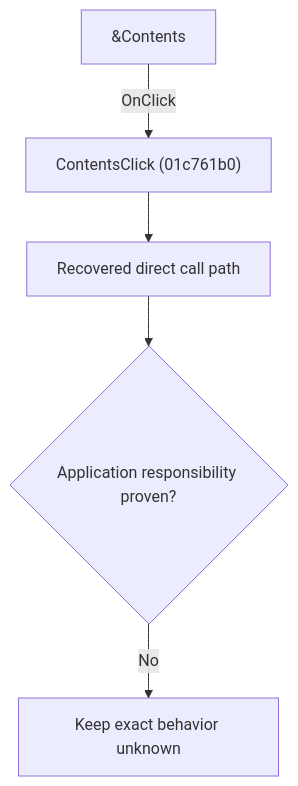
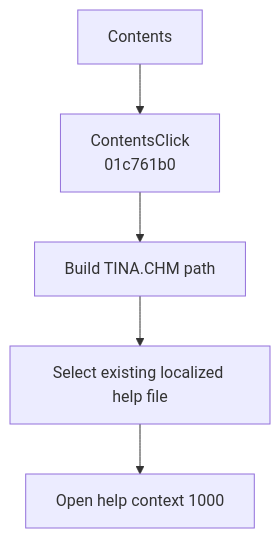
Before and after one commit to MovGP0/TIARA: the diagram in docs/ui-controls/schematiceditor/contents-661e86084c.md, drawn with Mermaid. The commit also changed other lines of this file and 241 other files, not shown here.

````diff
--- a/docs/ui-controls/schematiceditor/contents-661e86084c.md
+++ b/docs/ui-controls/schematiceditor/contents-661e86084c.md
@@ -27,7 +27,7 @@
 ```mermaid
 flowchart TD
-    control["&Contents"] -->|"OnClick"| handler["ContentsClick (01c761b0)"]
-    handler --> recovered["Recovered direct call path"]
-    recovered --> gap{"Application responsibility proven?"}
-    gap -->|"No"| blocked["Keep exact behavior unknown"]
+    control["Contents"] --> handler["ContentsClick<br/>01c761b0"]
+    handler --> path["Build TINA.CHM path"]
+    path --> locale["Select existing localized help file"]
+    locale --> help["Open help context 1000"]
 ```
````
